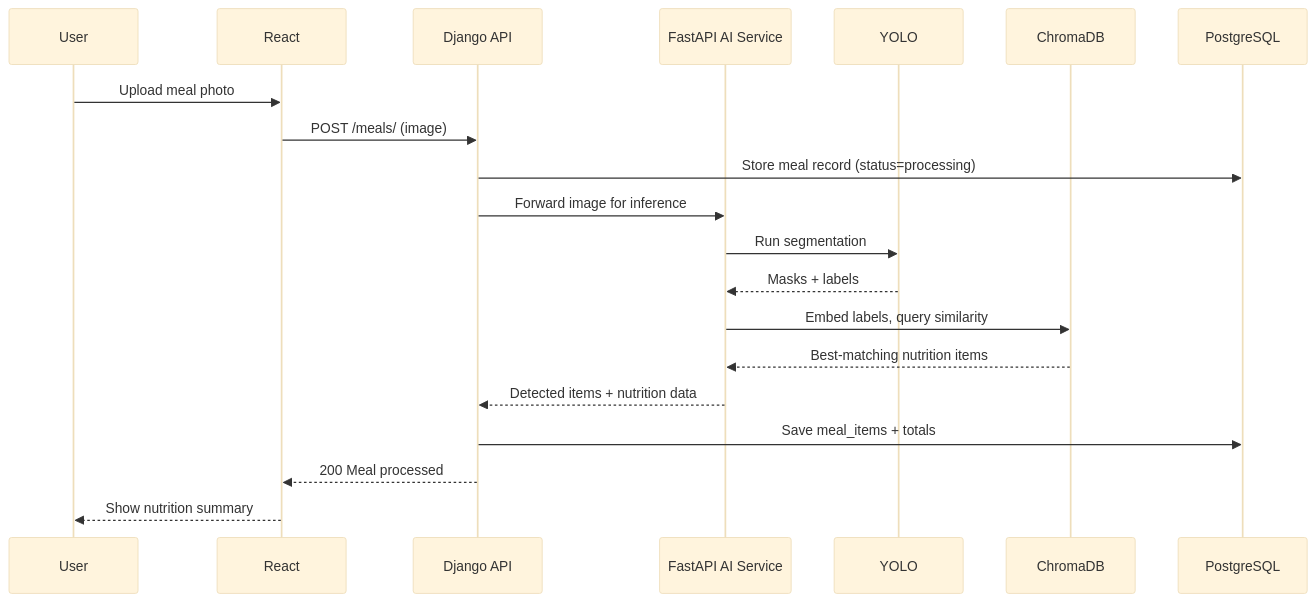
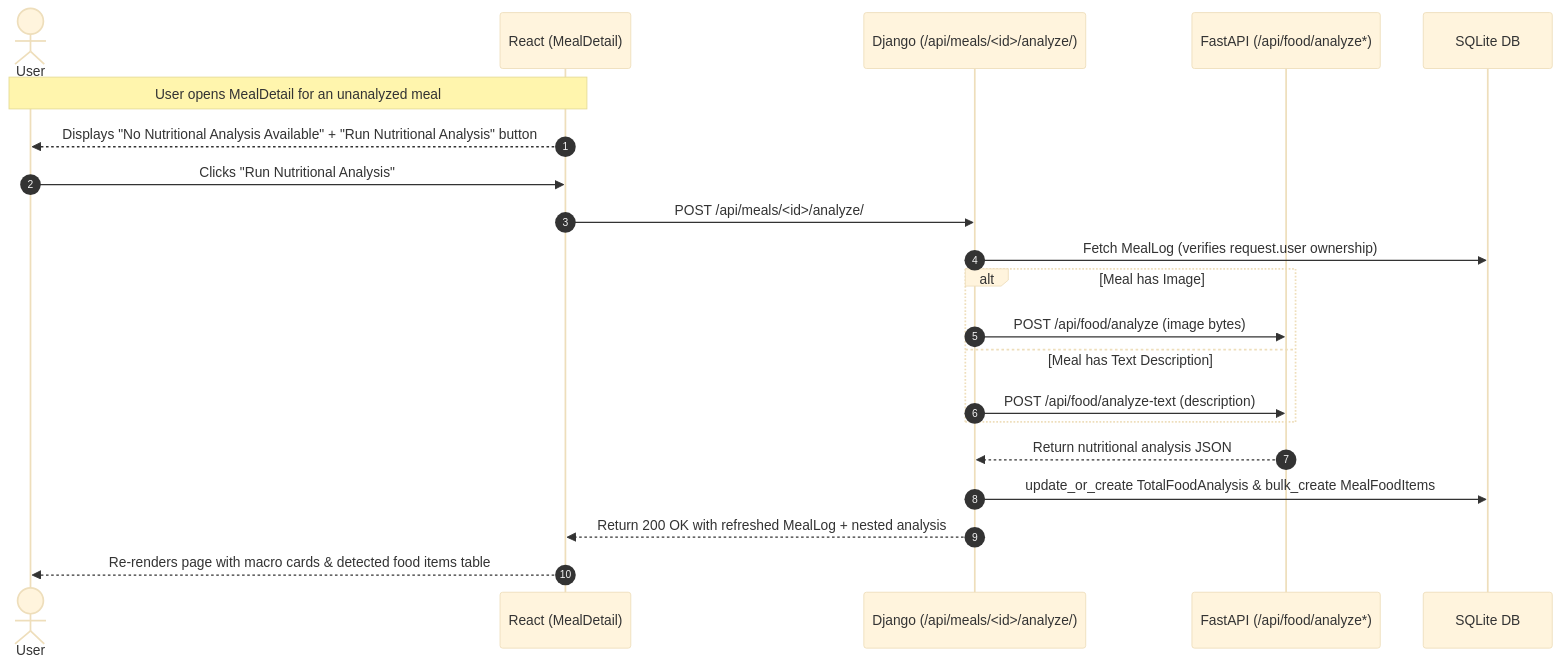
One commit to HimalBhandari05/Nepali-Diet-Advisory-System changed the fifth of 9 diagrams in workflow.md. Above: the diagram before and after it, drawn with Mermaid (base theme). The commit also changed other lines of this file and 2 other files, not shown here.

Commit message:
docs: update system architecture blueprint and add service startup script

````diff
--- a/workflow.md
+++ b/workflow.md
@@ -563,23 +267,26 @@
 ```mermaid
 sequenceDiagram
-    participant U as User
-    participant R as React
-    participant D as Django API
-    participant F as FastAPI AI Service
-    participant Y as YOLO
-    participant C as ChromaDB
-    participant DB as PostgreSQL
+    autonumber
+    actor User
+    participant React as React (MealDetail)
+    participant Django as Django (/api/meals/<id>/analyze/)
+    participant FastAPI as FastAPI (/api/food/analyze*)
+    participant DB as SQLite DB
 
-    U->>R: Upload meal photo
-    R->>D: POST /meals/ (image)
-    D->>DB: Store meal record (status=processing)
-    D->>F: Forward image for inference
-    F->>Y: Run segmentation
-    Y-->>F: Masks + labels
-    F->>C: Embed labels, query similarity
-    C-->>F: Best-matching nutrition items
-    F-->>D: Detected items + nutrition data
-    D->>DB: Save meal_items + totals
-    D-->>R: 200 Meal processed
-    R-->>U: Show nutrition summary
+    Note over User,React: User opens MealDetail for an unanalyzed meal
+    React-->>User: Displays "No Nutritional Analysis Available" + "Run Nutritional Analysis" button
+    User->>React: Clicks "Run Nutritional Analysis"
+    React->>Django: POST /api/meals/<id>/analyze/
+    Django->>DB: Fetch MealLog (verifies request.user ownership)
+    
+    alt Meal has Image
+        Django->>FastAPI: POST /api/food/analyze (image bytes)
+    else Meal has Text Description
+        Django->>FastAPI: POST /api/food/analyze-text (description)
+    end
+    
+    FastAPI-->>Django: Return nutritional analysis JSON
+    Django->>DB: update_or_create TotalFoodAnalysis & bulk_create MealFoodItems
+    Django-->>React: Return 200 OK with refreshed MealLog + nested analysis
+    React-->>User: Re-renders page with macro cards & detected food items table
 ```
````
